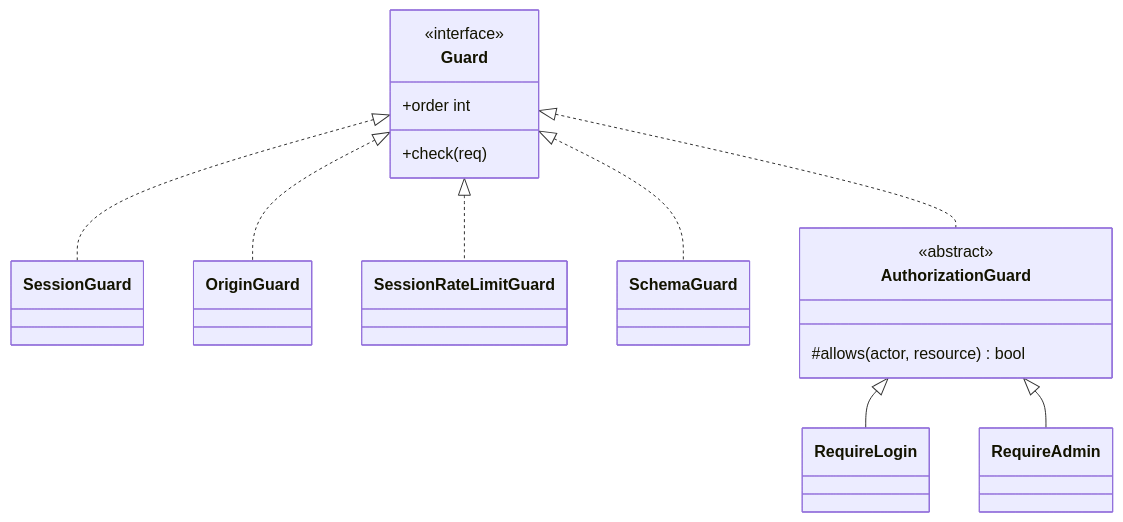
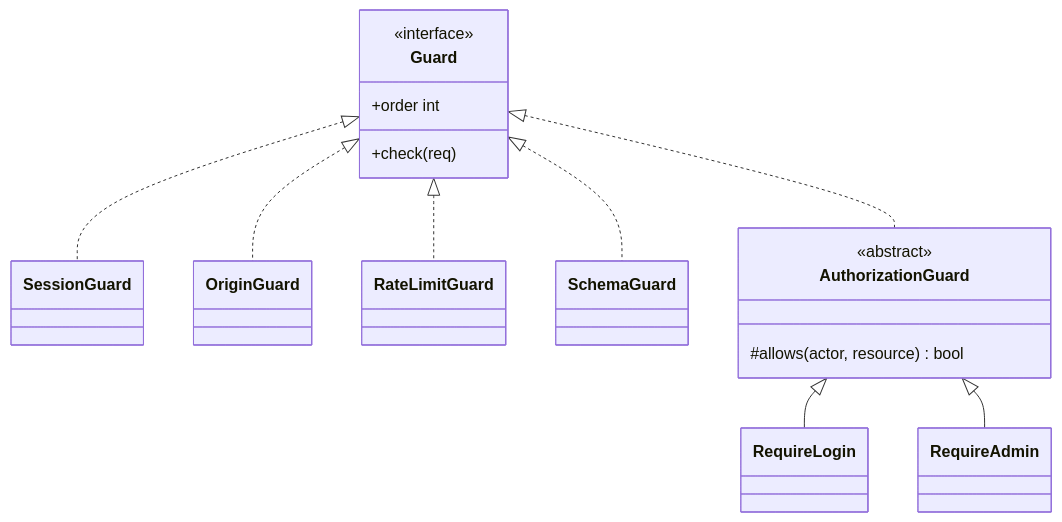
The sixth of 6 diagrams in docs/design/03-api-contract.md (1985jwlee/portpolio_backend), drawn with Mermaid before and after one commit. The commit also changed other lines of this file and 33 other files, not shown here.

````diff
--- a/docs/design/03-api-contract.md
+++ b/docs/design/03-api-contract.md
@@ -277,25 +287,25 @@
 ```mermaid
 classDiagram
     class Guard {
         <<interface>>
         +order int
         +check(req)
     }
     class SessionGuard
     class OriginGuard
-    class SessionRateLimitGuard
+    class RateLimitGuard
     class SchemaGuard
     class AuthorizationGuard {
         <<abstract>>
         #allows(actor, resource) bool
     }
     class RequireLogin
     class RequireAdmin
     Guard <|.. SessionGuard
     Guard <|.. OriginGuard
-    Guard <|.. SessionRateLimitGuard
+    Guard <|.. RateLimitGuard
     Guard <|.. SchemaGuard
     Guard <|.. AuthorizationGuard
     AuthorizationGuard <|-- RequireLogin
     AuthorizationGuard <|-- RequireAdmin
 ```
````
